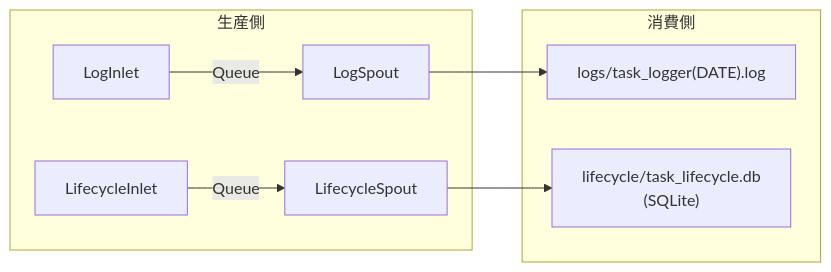
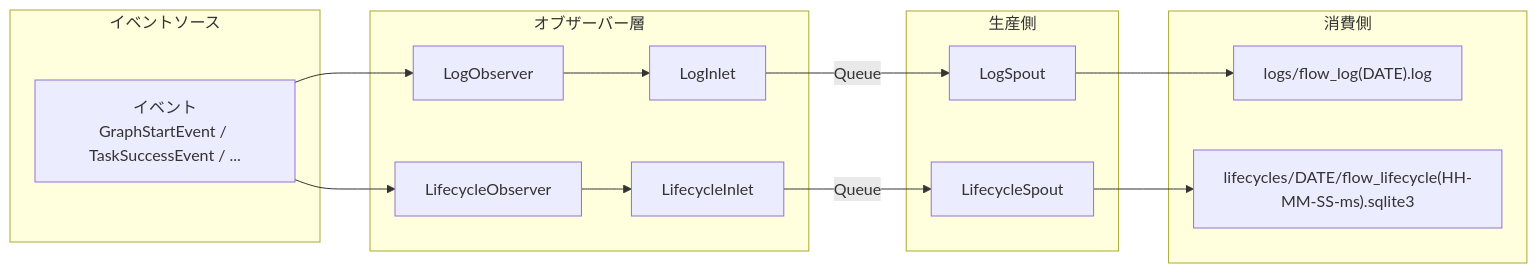
The sixth of 9 diagrams in docs/ja/presentation.md (Mr-xiaotian/CelestialFlow), drawn with Mermaid before and after one commit. The commit also changed other lines of this file and 176 other files, not shown here.

````diff
--- a/docs/ja/presentation.md
+++ b/docs/ja/presentation.md
@@ -321,12 +321,24 @@
 ```mermaid
 graph LR
+    subgraph イベントソース
+        E["イベント<br/>GraphStartEvent / TaskSuccessEvent / ..."]
+    end
+
+    subgraph オブザーバー層
+        S1[LogObserver] --> A[LogInlet]
+        S2[LifecycleObserver] --> C[LifecycleInlet]
+    end
+
     subgraph 生産側
-        A[LogInlet] -->|Queue| B[LogSpout]
-        C[LifecycleInlet] -->|Queue| D[LifecycleSpout]
+        A -->|Queue| B[LogSpout]
+        C -->|Queue| D[LifecycleSpout]
     end
 
     subgraph 消費側
-        B --> E["logs/task_logger(DATE).log"]
-        D --> F["lifecycle/task_lifecycle.db<br/>(SQLite)"]
+        B --> E2["logs/flow_log(DATE).log"]
+        D --> F["lifecycles/DATE/flow_lifecycle(HH-MM-SS-ms).sqlite3"]
     end
+
+    E --> S1
+    E --> S2
 ```
````
